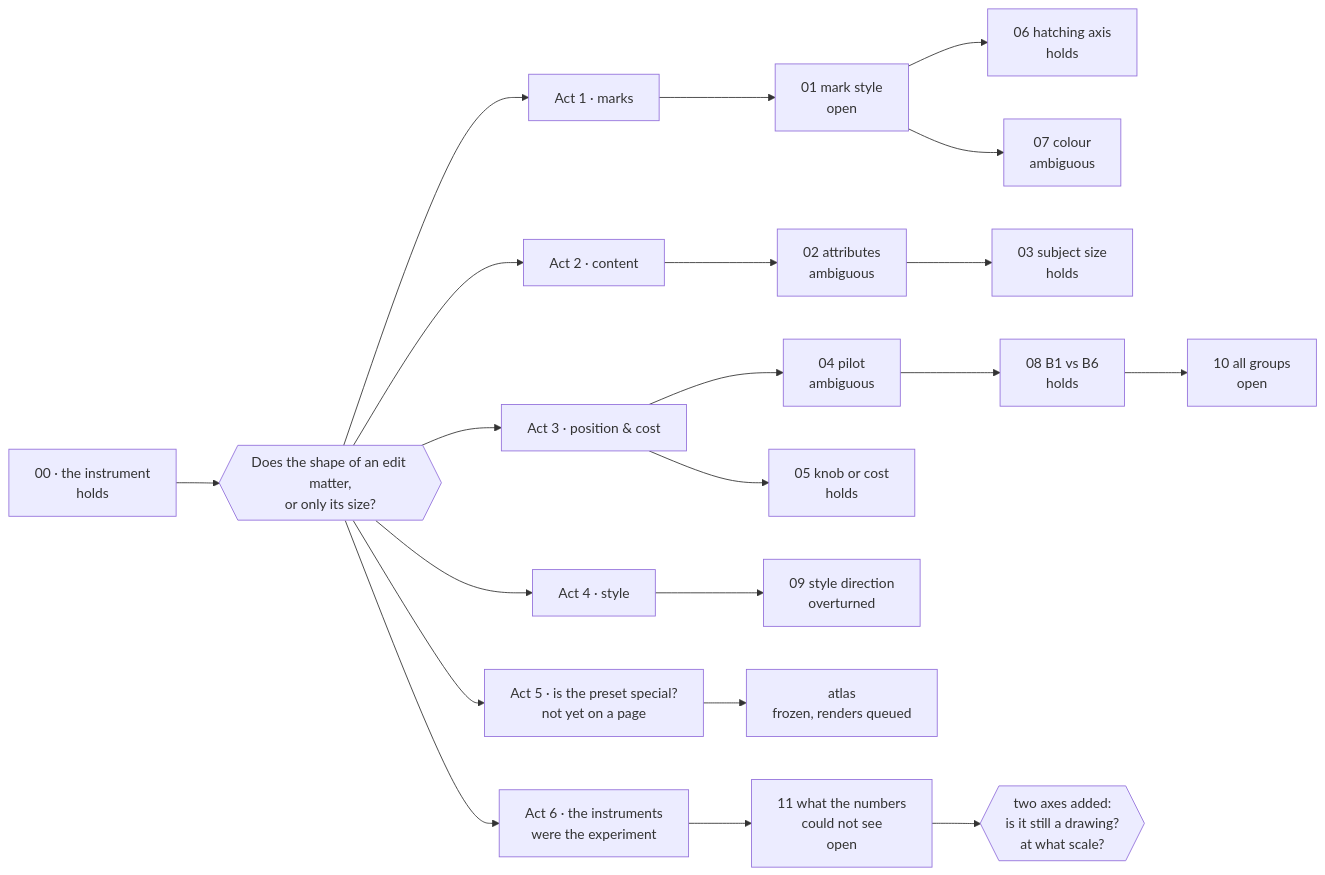
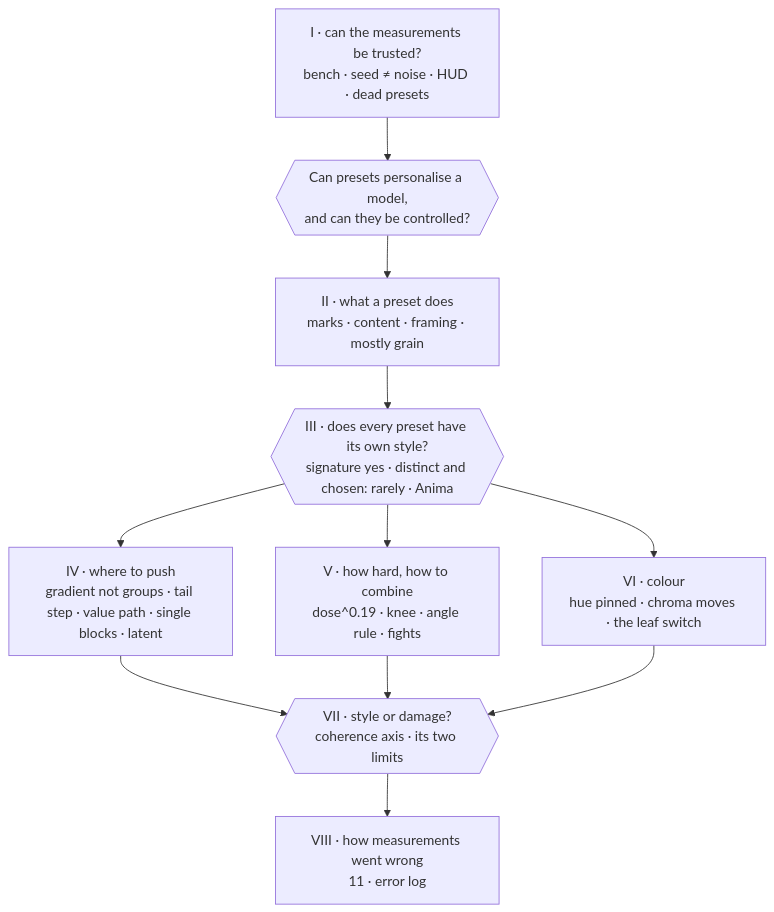
Before and after one commit to aledelpho/diffusion-models-weight-steering-report: the diagram in notebook/STORY.md, drawn with Mermaid. The commit also changed other lines of this file and 2 other files, not shown here.

````diff
--- a/notebook/STORY.md
+++ b/notebook/STORY.md
@@ -392,19 +542,13 @@
 ```mermaid
-flowchart LR
-  A0["00 · the instrument<br/>holds"] --> Q{{"Does the shape of an edit matter,<br/>or only its size?"}}
-  Q --> A1["Act 1 · marks"]
-  Q --> A2["Act 2 · content"]
-  Q --> A3["Act 3 · position & cost"]
-  Q --> A4["Act 4 · style"]
-  A1 --> P01["01 mark style<br/>open"] --> P06["06 hatching axis<br/>holds"]
-  P01 --> P07["07 colour<br/>ambiguous"]
-  A2 --> P02["02 attributes<br/>ambiguous"] --> P03["03 subject size<br/>holds"]
-  A3 --> P04["04 pilot<br/>ambiguous"] --> P08["08 B1 vs B6<br/>holds"] --> P10["10 all groups<br/>open"]
-  A3 --> P05["05 knob or cost<br/>holds"]
-  A4 --> P09["09 style direction<br/>overturned"]
-  Q --> A5["Act 5 · is the preset special?<br/>not yet on a page"]
-  A5 --> AT["atlas<br/>frozen, renders queued"]
-  Q --> A6["Act 6 · the instruments<br/>were the experiment"]
-  A6 --> P11["11 what the numbers<br/>could not see<br/>open"]
-  P11 --> NX{{"two axes added:<br/>is it still a drawing?<br/>at what scale?"}}
+flowchart TD
+  I["I · can the measurements be trusted?<br/>bench · seed ≠ noise · HUD · dead presets"] --> Q{{"Can presets personalise a model,<br/>and can they be controlled?"}}
+  Q --> II["II · what a preset does<br/>marks · content · framing · mostly grain"]
+  II --> III{{"III · does every preset have its own style?<br/>signature yes · distinct and chosen: rarely · Anima"}}
+  III --> IV["IV · where to push<br/>gradient not groups · tail step · value path · single blocks · latent"]
+  III --> V["V · how hard, how to combine<br/>dose^0.19 · knee · angle rule · fights"]
+  III --> VI["VI · colour<br/>hue pinned · chroma moves · the leaf switch"]
+  IV --> VII{{"VII · style or damage?<br/>coherence axis · its two limits"}}
+  V --> VII
+  VI --> VII
+  VII --> VIII["VIII · how measurements went wrong<br/>11 · error log"]
 ```
````
